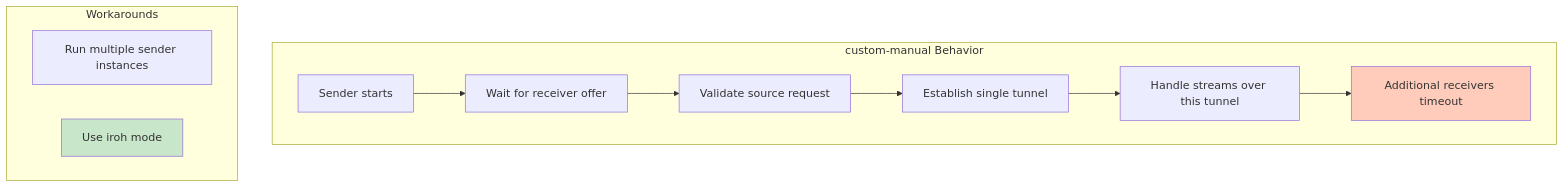
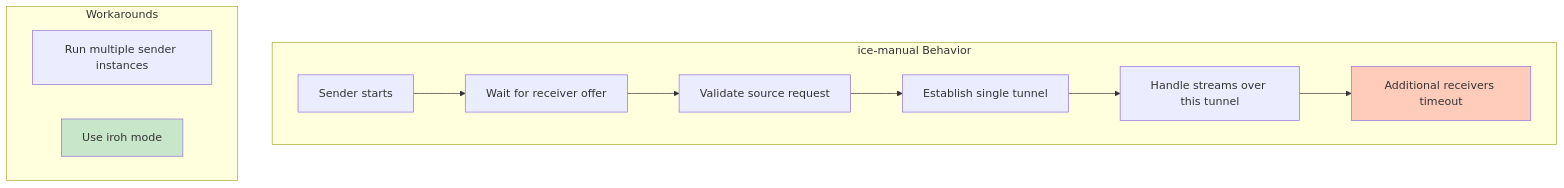
Diagram 36 of 36 in docs/ARCHITECTURE.md (andrewtheguy/vpn-rs), drawn with Mermaid before and after one commit. The commit also changed other lines of this file and 20 other files, not shown here.

````diff
--- a/docs/ARCHITECTURE.md
+++ b/docs/ARCHITECTURE.md
@@ -1514,18 +1514,18 @@
 ```mermaid
 graph TB
-    subgraph "custom-manual Behavior"
+    subgraph "ice-manual Behavior"
         A[Sender starts] --> B[Wait for receiver offer]
         B --> C[Validate source request]
         C --> D[Establish single tunnel]
         D --> E[Handle streams over this tunnel]
         E --> F[Additional receivers timeout]
     end
 
     subgraph "Workarounds"
         G[Run multiple sender instances]
         I[Use iroh mode]
     end
 
     style F fill:#FFCCBC
     style I fill:#C8E6C9
 ```
````
